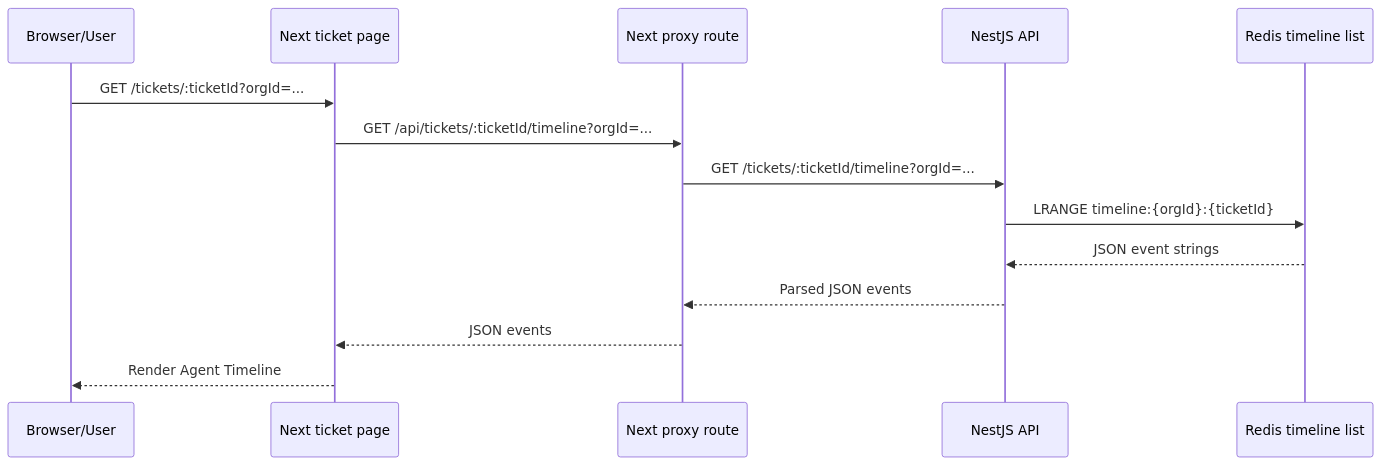
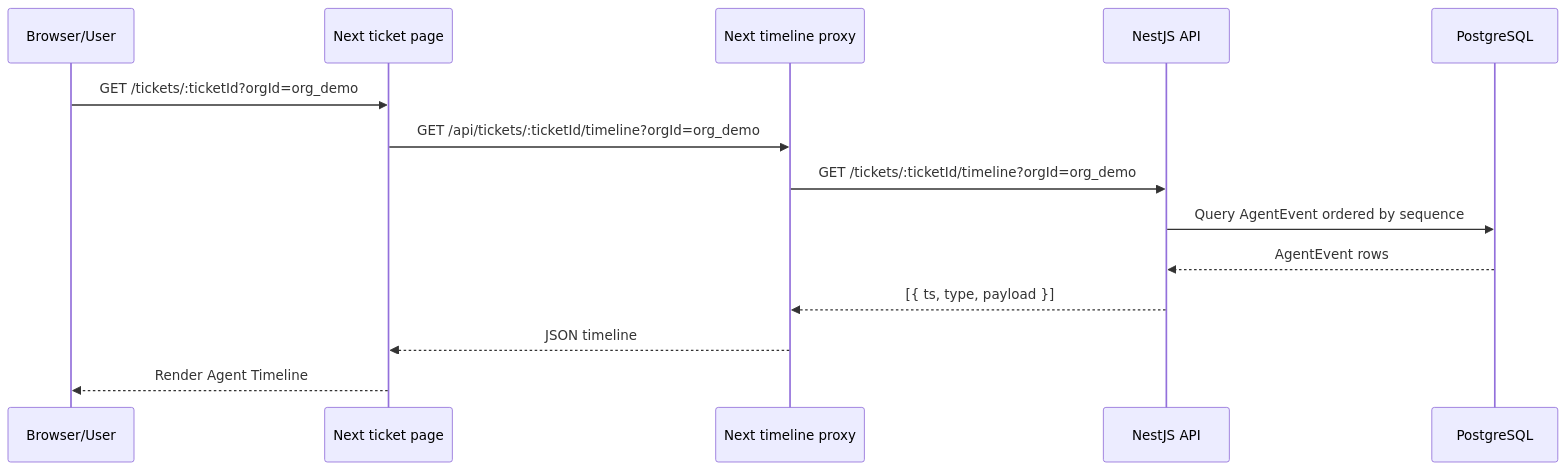
One commit to its-arnavtech/Autonomous-CSA changed the third of 3 diagrams in docs/architecture.md. Above: the diagram before and after it, drawn with Mermaid. The commit also changed other lines of this file and 29 other files, not shown here.

Commit message:
feat: add Postgres persistence for tickets and agent timeline

````diff
--- a/docs/architecture.md
+++ b/docs/architecture.md
@@ -56,17 +67,17 @@
 ```mermaid
 sequenceDiagram
   participant User as Browser/User
   participant WebPage as Next ticket page
-  participant Proxy as Next proxy route
+  participant Proxy as Next timeline proxy
   participant API as NestJS API
-  participant Redis as Redis timeline list
+  participant DB as PostgreSQL
 
-  User->>WebPage: GET /tickets/:ticketId?orgId=...
-  WebPage->>Proxy: GET /api/tickets/:ticketId/timeline?orgId=...
-  Proxy->>API: GET /tickets/:ticketId/timeline?orgId=...
-  API->>Redis: LRANGE timeline:{orgId}:{ticketId}
-  Redis-->>API: JSON event strings
-  API-->>Proxy: Parsed JSON events
-  Proxy-->>WebPage: JSON events
+  User->>WebPage: GET /tickets/:ticketId?orgId=org_demo
+  WebPage->>Proxy: GET /api/tickets/:ticketId/timeline?orgId=org_demo
+  Proxy->>API: GET /tickets/:ticketId/timeline?orgId=org_demo
+  API->>DB: Query AgentEvent ordered by sequence
+  DB-->>API: AgentEvent rows
+  API-->>Proxy: [{ ts, type, payload }]
+  Proxy-->>WebPage: JSON timeline
   WebPage-->>User: Render Agent Timeline
 ```
````
